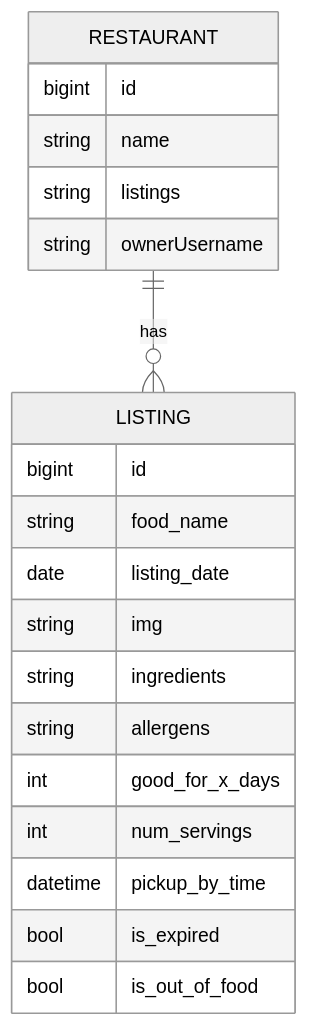
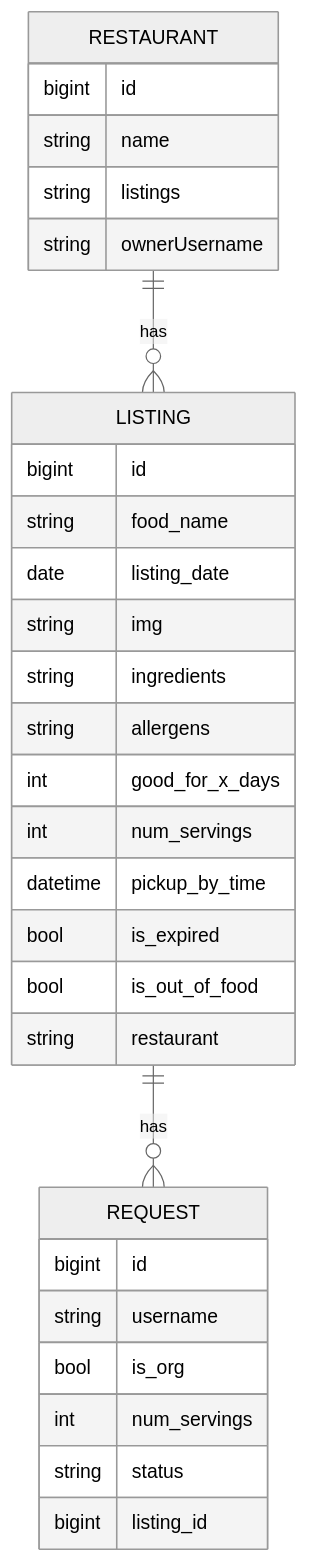
Before and after one commit to cindywongdev/capstone-backend: the diagram in README.md, drawn with Mermaid (neutral theme). The commit also changed 2 other files, not shown here.

Commit message:
added request model

````diff
--- a/README.md
+++ b/README.md
@@ -13,23 +13,33 @@
 ```mermaid
 erDiagram
     RESTAURANT ||--o{ LISTING: has
+    LISTING ||--o{ REQUEST: has
     RESTAURANT {
         bigint id
         string name
         string listings
         string ownerUsername
     }
     LISTING {
         bigint  id
         string  food_name
         date    listing_date
         string  img
         string  ingredients
         string  allergens
         int     good_for_x_days
         int     num_servings
         datetime    pickup_by_time
         bool    is_expired
         bool    is_out_of_food
+        string  restaurant
+    }
+    REQUEST {
+        bigint  id
+        string  username
+        bool    is_org
+        int     num_servings
+        string  status
+        bigint  listing_id
     }
 ```
````
